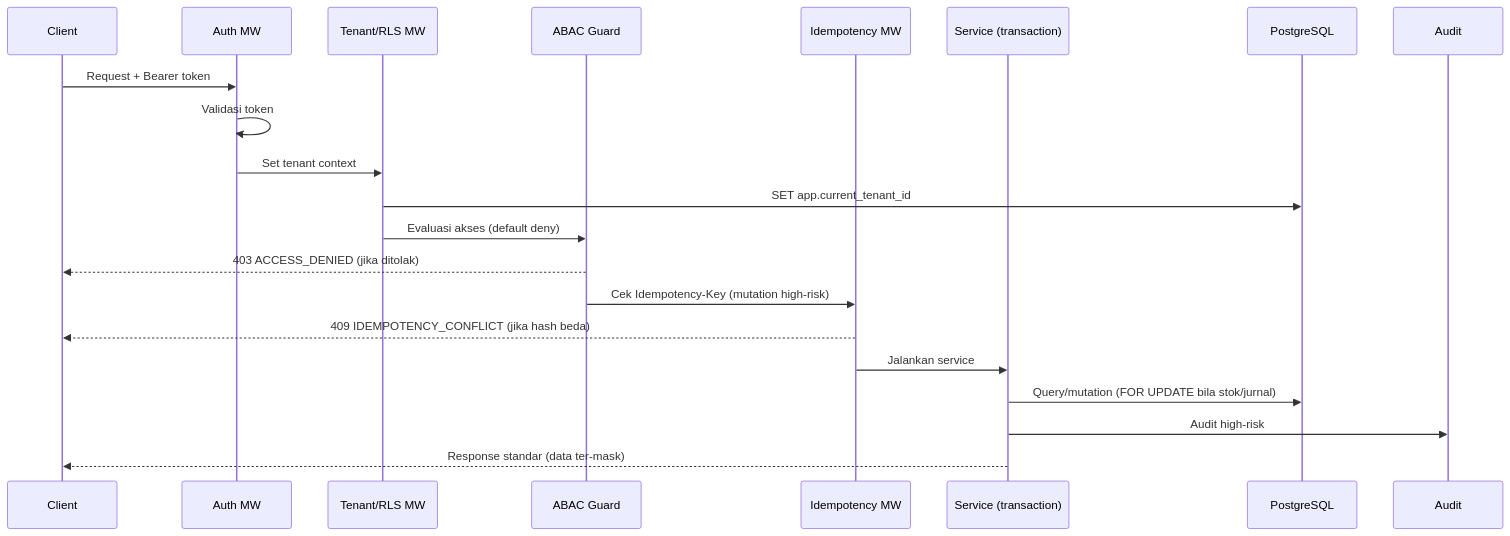
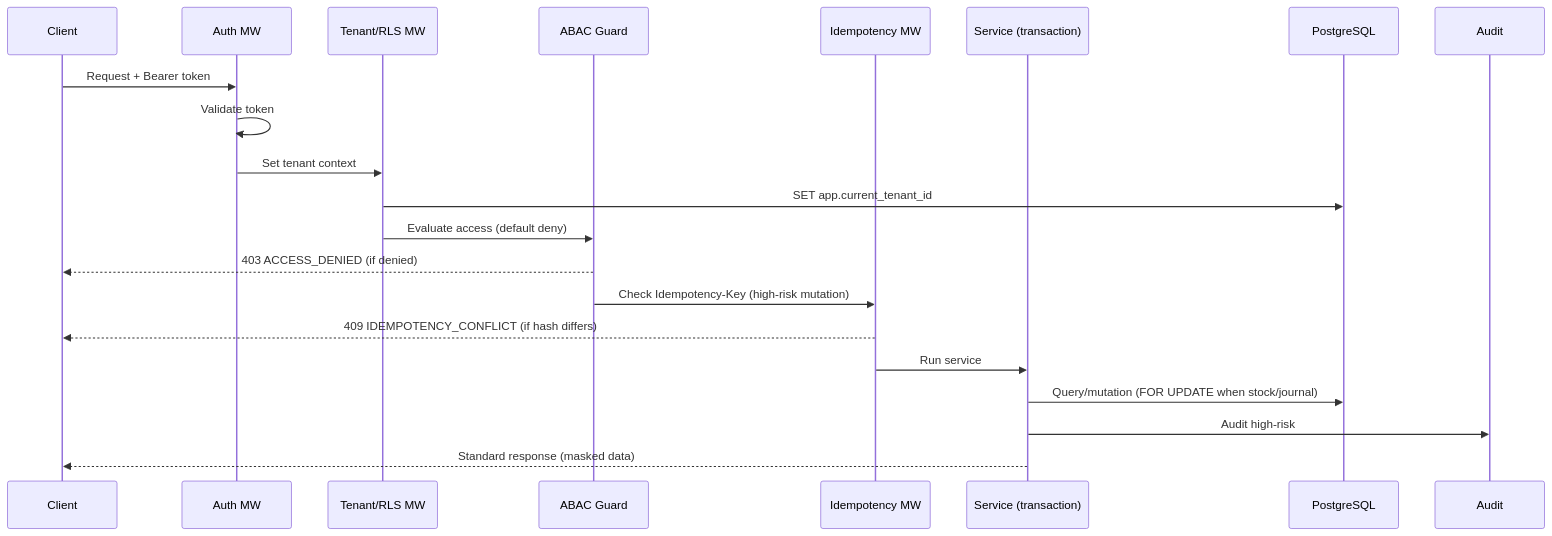
One commit to ahliweb/awcms changed the first of 2 diagrams in docs/awcms/03_srs_detail_per_modul.md. Above: the diagram before and after it, drawn with Mermaid. The commit also changed other lines of this file and 603 other files, not shown here.

````diff
--- a/docs/awcms/03_srs_detail_per_modul.md
+++ b/docs/awcms/03_srs_detail_per_modul.md
@@ -13,23 +15,23 @@
 ```mermaid
 sequenceDiagram
   participant C as Client
   participant A as Auth MW
   participant T as Tenant/RLS MW
   participant G as ABAC Guard
   participant I as Idempotency MW
   participant S as Service (transaction)
   participant DB as PostgreSQL
   participant AU as Audit
   C->>A: Request + Bearer token
-  A->>A: Validasi token
+  A->>A: Validate token
   A->>T: Set tenant context
   T->>DB: SET app.current_tenant_id
-  T->>G: Evaluasi akses (default deny)
-  G-->>C: 403 ACCESS_DENIED (jika ditolak)
-  G->>I: Cek Idempotency-Key (mutation high-risk)
-  I-->>C: 409 IDEMPOTENCY_CONFLICT (jika hash beda)
-  I->>S: Jalankan service
-  S->>DB: Query/mutation (FOR UPDATE bila stok/jurnal)
+  T->>G: Evaluate access (default deny)
+  G-->>C: 403 ACCESS_DENIED (if denied)
+  G->>I: Check Idempotency-Key (high-risk mutation)
+  I-->>C: 409 IDEMPOTENCY_CONFLICT (if hash differs)
+  I->>S: Run service
+  S->>DB: Query/mutation (FOR UPDATE when stock/journal)
   S->>AU: Audit high-risk
-  S-->>C: Response standar (data ter-mask)
+  S-->>C: Standard response (masked data)
 ```
````
